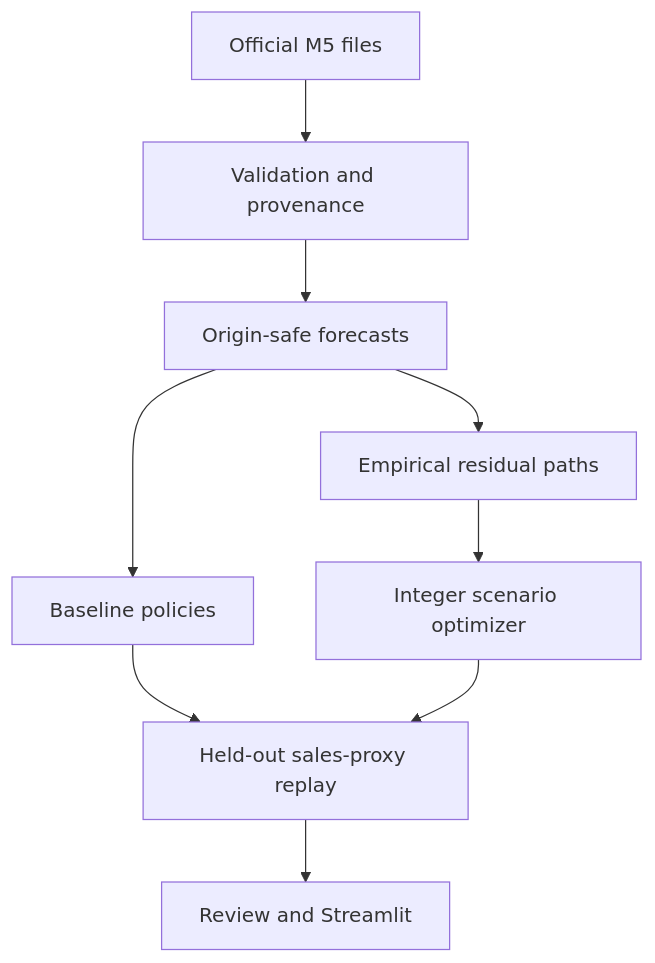
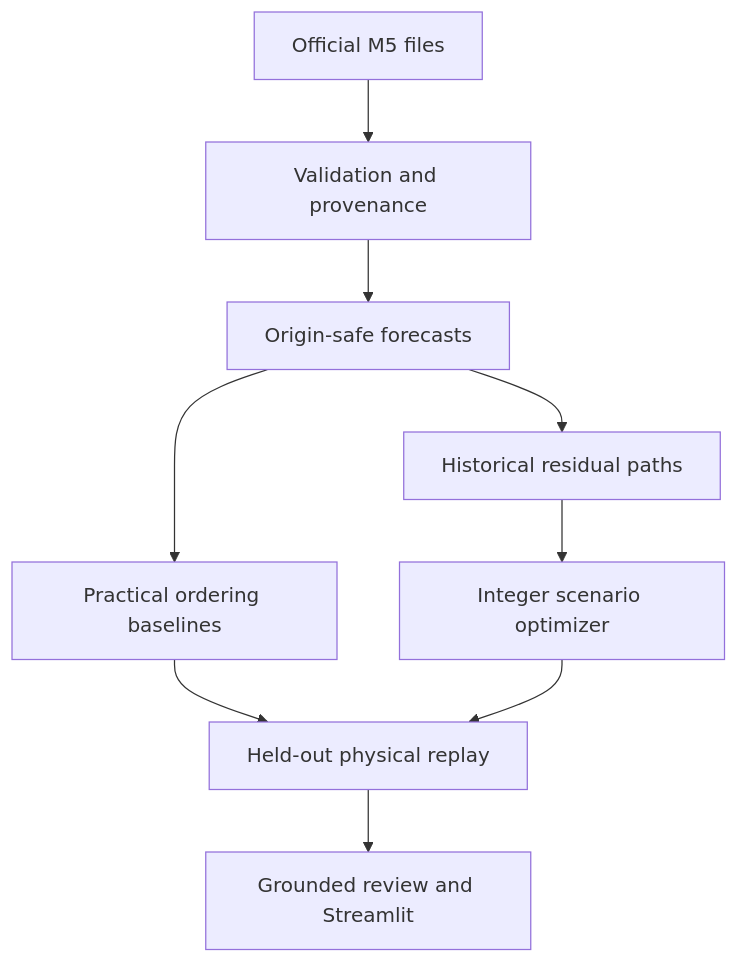
One commit to younjuhan03/retail-decision-intelligence changed the diagram in README.md. Above: the diagram before and after it, drawn with Mermaid. The commit also changed other lines of this file and 28 other files, not shown here.

````diff
--- a/README.md
+++ b/README.md
@@ -21,11 +44,11 @@
 ```mermaid
 flowchart TD
     A[Official M5 files] --> B[Validation and provenance]
     B --> C[Origin-safe forecasts]
-    C --> D[Empirical residual paths]
-    C --> E[Baseline policies]
+    C --> D[Historical residual paths]
+    C --> E[Practical ordering baselines]
     D --> F[Integer scenario optimizer]
-    E --> G[Held-out sales-proxy replay]
+    E --> G[Held-out physical replay]
     F --> G
-    G --> H[Review and Streamlit]
+    G --> H[Grounded review and Streamlit]
 ```
````
